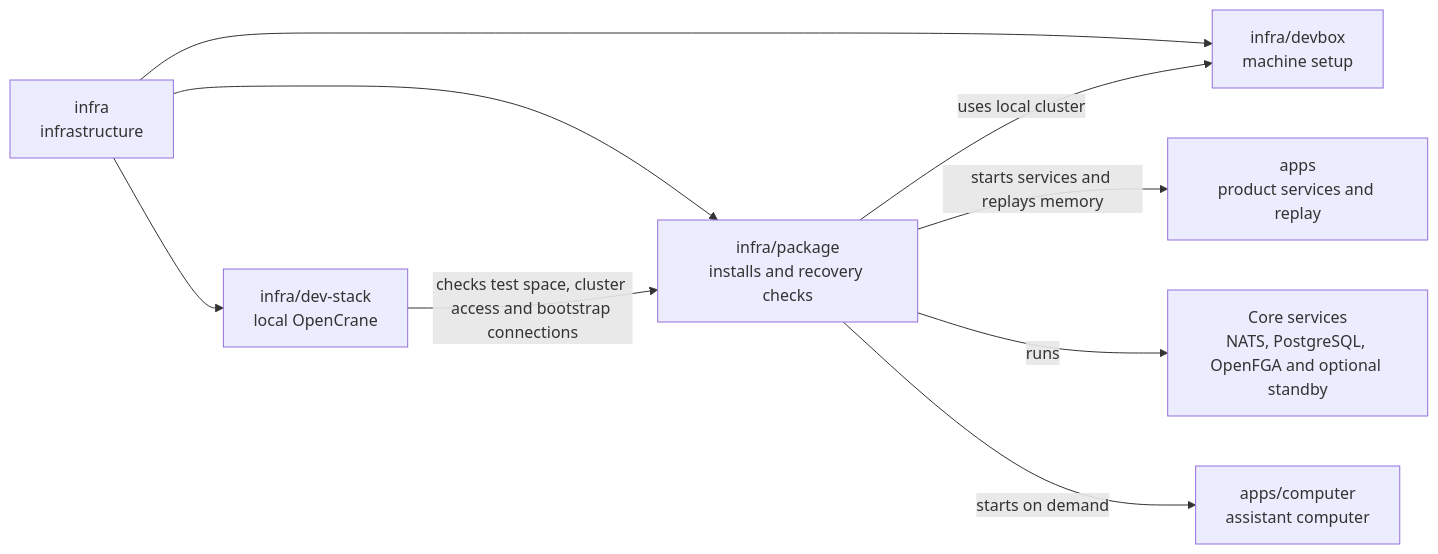
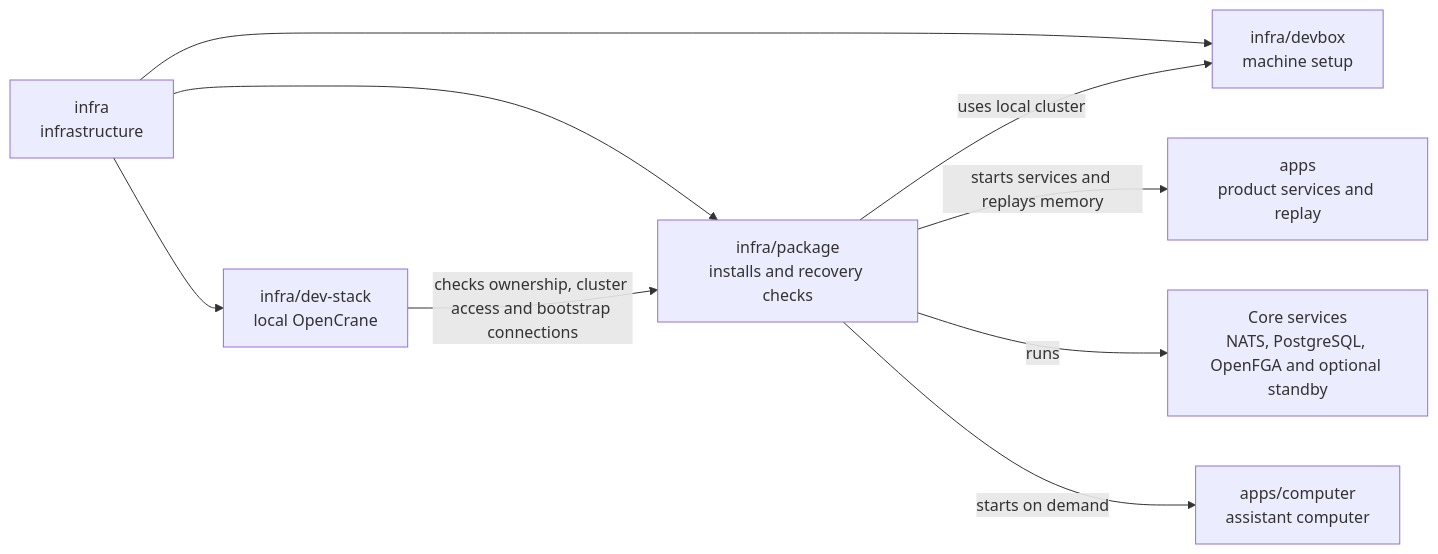
One commit to elewa-git/opencrane-new changed the diagram in infra/package/README.md. Above: the diagram before and after it, drawn with Mermaid. The commit also changed other lines of this file and 11 other files, not shown here.

````diff
--- a/infra/package/README.md
+++ b/infra/package/README.md
@@ -19,11 +19,11 @@
 ```mermaid
 flowchart LR
   infra["infra<br/>infrastructure"] --> package["infra/package<br/>installs and recovery checks"]
   infra --> stack["infra/dev-stack<br/>local OpenCrane"]
   infra --> devbox["infra/devbox<br/>machine setup"]
-  stack -->|checks test space, cluster access and bootstrap connections| package
+  stack -->|checks ownership, cluster access and bootstrap connections| package
   package -->|uses local cluster| devbox
   package -->|starts services and replays memory| apps["apps<br/>product services and replay"]
   package -->|runs| services["Core services<br/>NATS, PostgreSQL, OpenFGA and optional standby"]
   package -->|starts on demand| computer["apps/computer<br/>assistant computer"]
 ```
````
